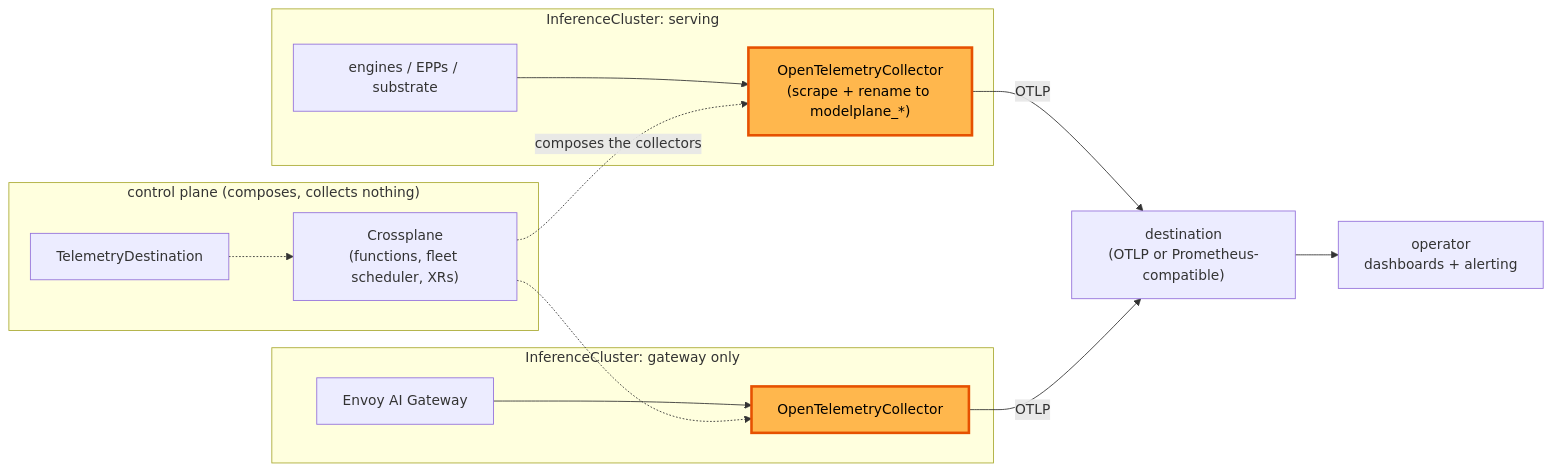
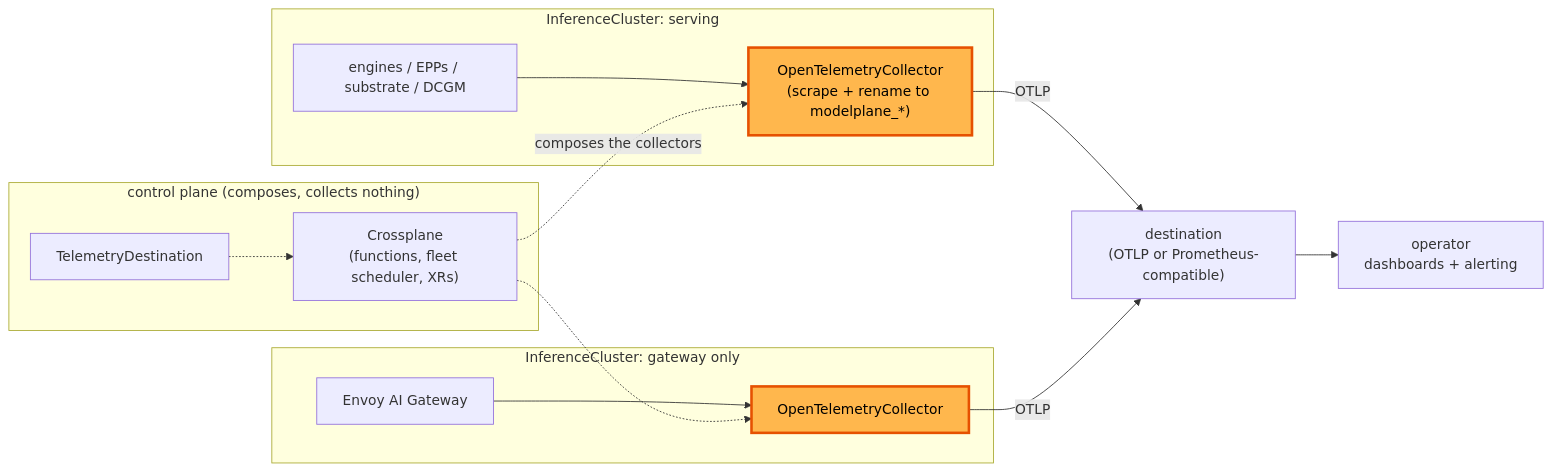
The diagram in design/metrics.md (dennis-upbound/modelplane), drawn with Mermaid before and after one commit. The commit also changed other lines of this file, not shown here.

````diff
--- a/design/metrics.md
+++ b/design/metrics.md
@@ -637,27 +655,27 @@
 ```mermaid
 flowchart LR
     subgraph icA["InferenceCluster: serving"]
-        SA["engines / EPPs / substrate"]
+        SA["engines / EPPs / substrate / DCGM"]
         CA["OpenTelemetryCollector\n(scrape + rename to modelplane_*)"]
     end
     subgraph icB["InferenceCluster: gateway only"]
         SB["Envoy AI Gateway"]
         CB["OpenTelemetryCollector"]
     end
     subgraph cp["control plane (composes, collects nothing)"]
         XP["Crossplane\n(functions, fleet scheduler, XRs)"]
         TD["TelemetryDestination"]
     end
     DEST["destination\n(OTLP or Prometheus-compatible)"]
     OP["operator\ndashboards + alerting"]
     SA --> CA
     SB --> CB
     TD -.-> XP
     XP -.->|"composes the collectors"| CA
     XP -.-> CB
     CA -->|"OTLP"| DEST
     CB -->|"OTLP"| DEST
     DEST --> OP
     classDef new fill:#ffb74d,stroke:#e65100,stroke-width:3px,color:#000;
     class CA,CB new
 ```
````
